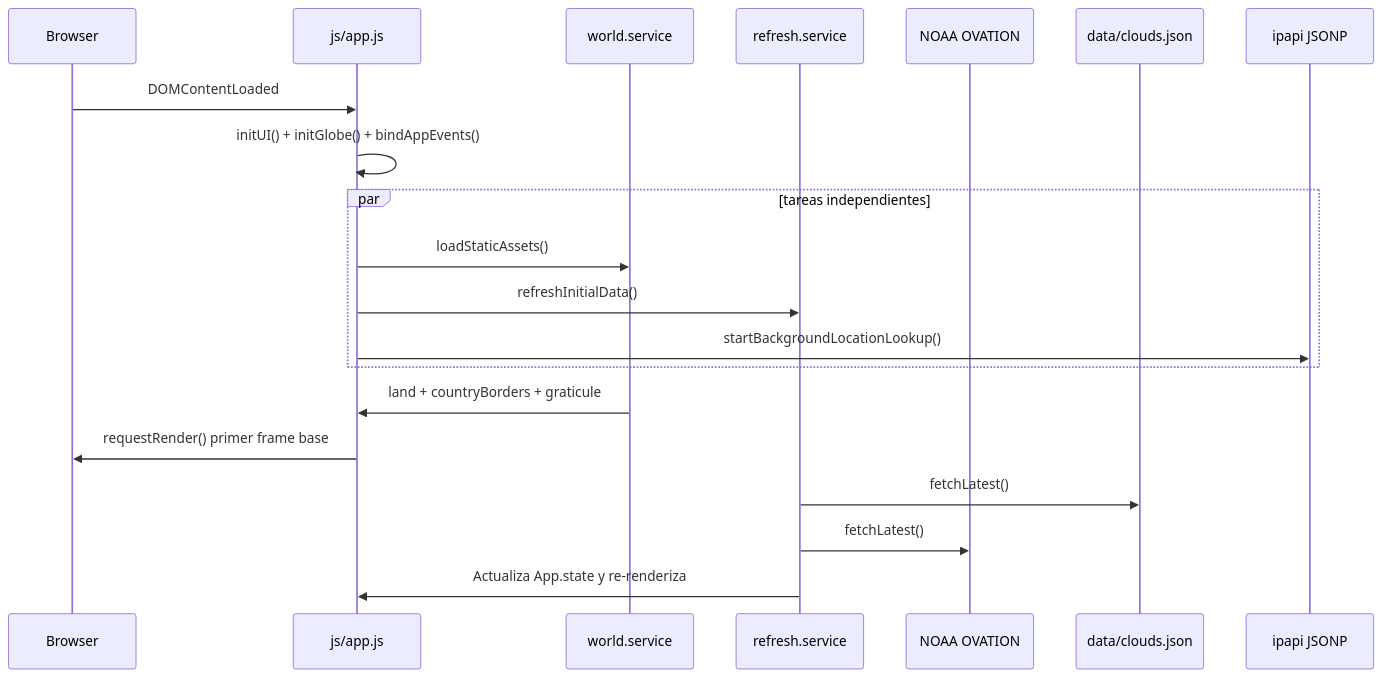
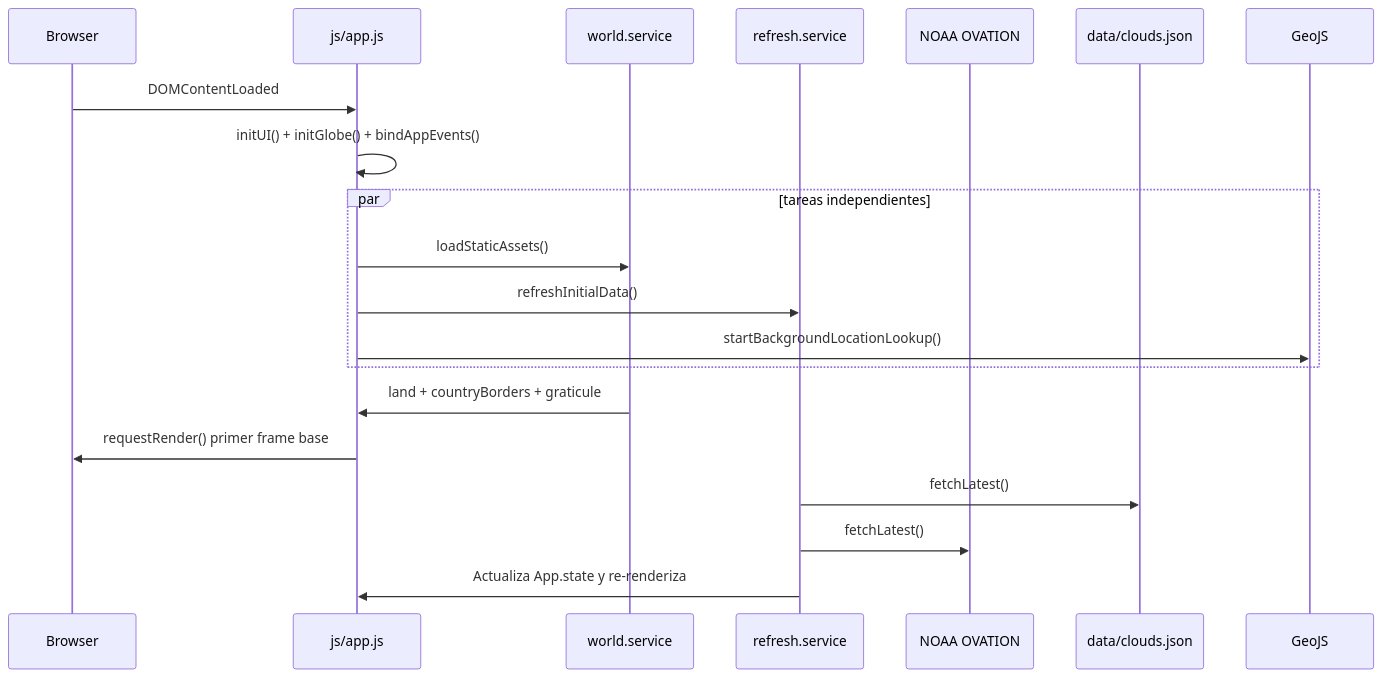
One commit to romezamario/auroras-boreales changed the second of 4 diagrams in README.md. Above: the diagram before and after it, drawn with Mermaid. The commit also changed other lines of this file and 6 other files, not shown here.

First line of the commit message:
Corrige probabilidad 61-69, quita JSONP de ipapi y evita reindexar con el slider

````diff
--- a/README.md
+++ b/README.md
@@ -64,23 +64,23 @@
 ```mermaid
 sequenceDiagram
     participant B as Browser
     participant App as js/app.js
     participant World as world.service
     participant Refresh as refresh.service
     participant NOAA as NOAA OVATION
     participant Clouds as data/clouds.json
-    participant IP as ipapi JSONP
+    participant IP as GeoJS
 
     B->>App: DOMContentLoaded
     App->>App: initUI() + initGlobe() + bindAppEvents()
     par tareas independientes
         App->>World: loadStaticAssets()
         App->>Refresh: refreshInitialData()
         App->>IP: startBackgroundLocationLookup()
     end
     World->>App: land + countryBorders + graticule
     App->>B: requestRender() primer frame base
     Refresh->>Clouds: fetchLatest()
     Refresh->>NOAA: fetchLatest()
     Refresh->>App: Actualiza App.state y re-renderiza
 ```
````
